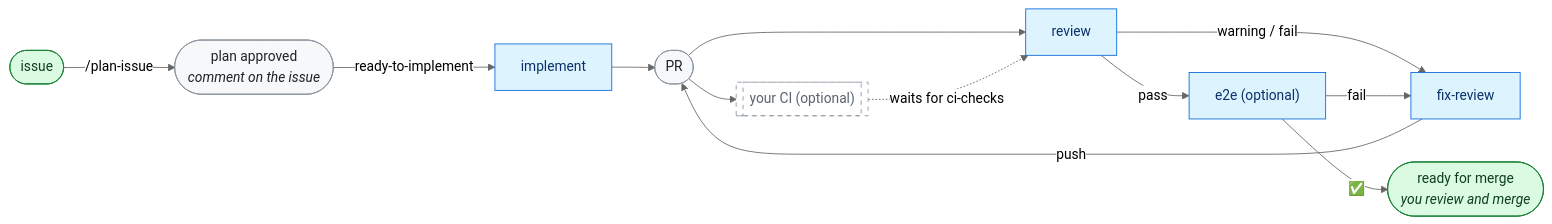
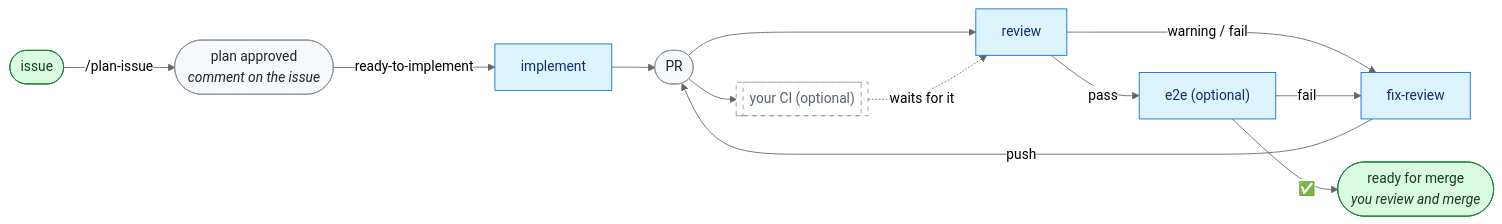
The diagram in README.md (jmformenti/patufet), drawn with Mermaid (neutral theme) before and after one commit. The commit also changed other lines of this file and 27 other files, not shown here.

````diff
--- a/README.md
+++ b/README.md
@@ -7,35 +7,35 @@
 ```mermaid
 flowchart LR
     issue([issue])
     plan(["`plan approved
     _comment on the issue_`"])
     implement[implement]
     pr([PR])
     ci[["your CI (optional)"]]
     review[review]
     fix[fix-review]
     e2e["e2e (optional)"]
     ready(["`ready for merge
     _you review and merge_`"])
 
     issue -->|"/plan-issue"| plan
     plan -->|"ready-to-implement"| implement
     implement --> pr
     pr --> review
     pr --> ci
-    ci -.->|"waits for ci-checks"| review
+    ci -.->|"waits for it"| review
     review -->|"warning / fail"| fix
     fix -->|push| pr
     review -->|pass| e2e
     e2e -->|fail| fix
     e2e -->|✅| ready
 
     classDef endpoint fill:#dafbe1,stroke:#1a7f37,color:#0f3d1f
     classDef state fill:#f6f8fa,stroke:#8c959f,color:#1f2328
     classDef stage fill:#ddf4ff,stroke:#0969da,color:#0a3069
     classDef external fill:#ffffff,stroke:#8c959f,color:#59636e,stroke-dasharray:5 5
     class issue,ready endpoint
     class plan,pr state
     class implement,review,fix,e2e stage
     class ci external
 ```
````
